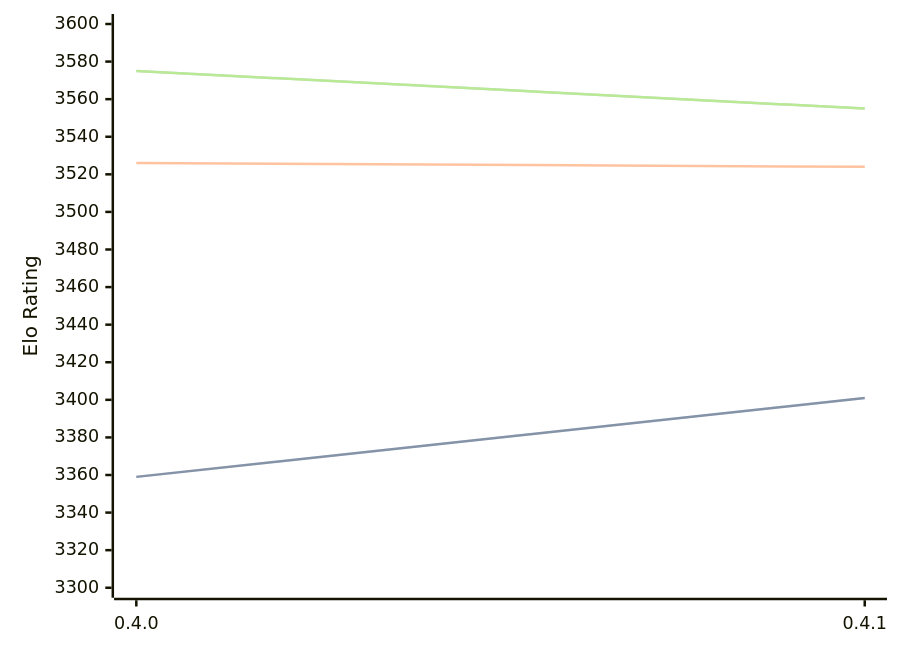
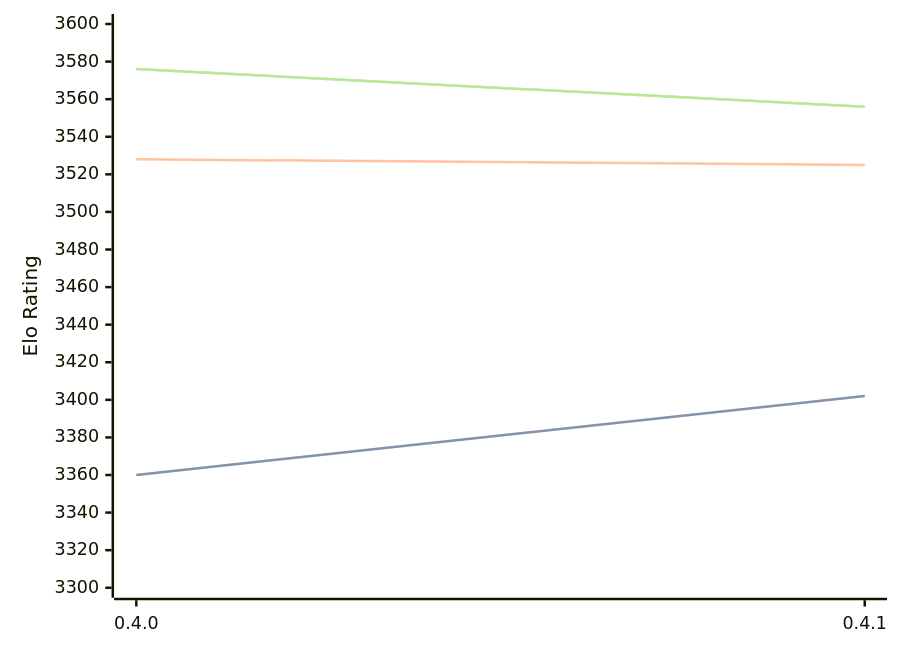
The diagram in engines/Cinder.md (computer-chess-index/cci), drawn with Mermaid before and after one commit. The commit also changed other lines of this file, not shown here.

Commit message:
Update CCI Ratings (ELO VLTC) - 2026-05-16

````diff
--- a/engines/Cinder.md
+++ b/engines/Cinder.md
@@ -40,11 +40,11 @@
 ```mermaid
 %%{init: {"theme":"base","themeVariables":{"seriesColors:['#a3a3a3','#222221','#faa371']}}}%%
 xychart-beta
   x-axis ["0.4.0", "0.4.1"]
   y-axis "Elo Rating" 3300 --> 3600
-  line "STC (8.0+0.08s)" [3359, 3401]
-  line "STC (8.0+0.08s)" [3359, 3401]
-  line "LTC (60.0+0.60s)" [3526, 3524]
-  line "VLTC (2m24s+1.12s)" [3575, 3555]
-  line "VLTC (2m24s+1.12s)" [3575, 3555]
+  line "STC (8.0+0.08s)" [3360, 3402]
+  line "STC (8.0+0.08s)" [3360, 3402]
+  line "LTC (60.0+0.60s)" [3528, 3525]
+  line "VLTC (2m24s+1.12s)" [3576, 3556]
+  line "VLTC (2m24s+1.12s)" [3576, 3556]
 ```
````
